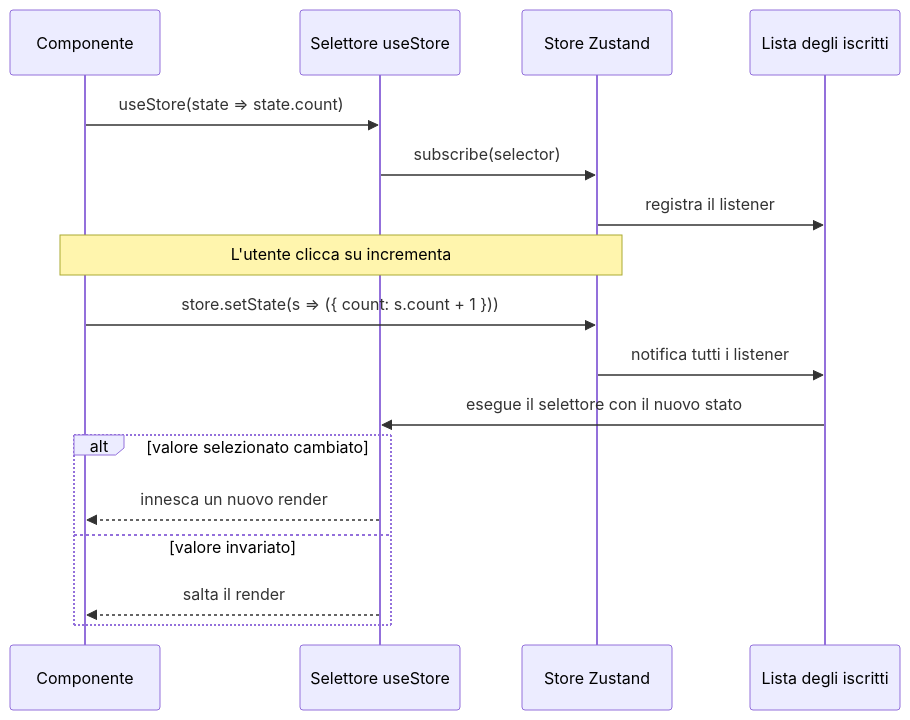
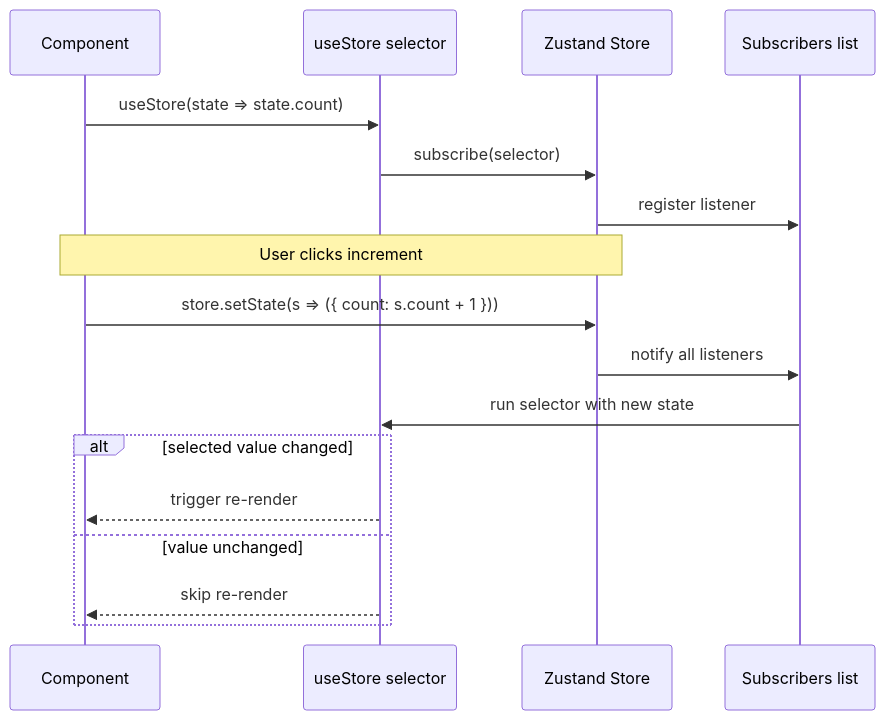
The sixth of 7 diagrams in arguments/chapters/it/06-state-management.md (BabaScience/react-guides), drawn with Mermaid before and after one commit. The commit also changed other lines of this file and 29 other files, not shown here.

First line of the commit message:
Bring React FR/IT translations to full English parity + theme-safe diagrams

````diff
--- a/arguments/chapters/it/06-state-management.md
+++ b/arguments/chapters/it/06-state-management.md
@@ -287,20 +1561,20 @@
 ```mermaid
 sequenceDiagram
-    participant C as Componente
-    participant H as Selettore useStore
-    participant St as Store Zustand
-    participant L as Lista degli iscritti
+    participant C as Component
+    participant H as useStore selector
+    participant St as Zustand Store
+    participant L as Subscribers list
 
     C->>H: useStore(state => state.count)
     H->>St: subscribe(selector)
-    St->>L: registra il listener
-    Note over C,St: L'utente clicca su incrementa
+    St->>L: register listener
+    Note over C,St: User clicks increment
     C->>St: store.setState(s => ({ count: s.count + 1 }))
-    St->>L: notifica tutti i listener
-    L->>H: esegue il selettore con il nuovo stato
-    alt valore selezionato cambiato
-        H-->>C: innesca un nuovo render
-    else valore invariato
-        H-->>C: salta il render
+    St->>L: notify all listeners
+    L->>H: run selector with new state
+    alt selected value changed
+        H-->>C: trigger re-render
+    else value unchanged
+        H-->>C: skip re-render
     end
 ```
````
